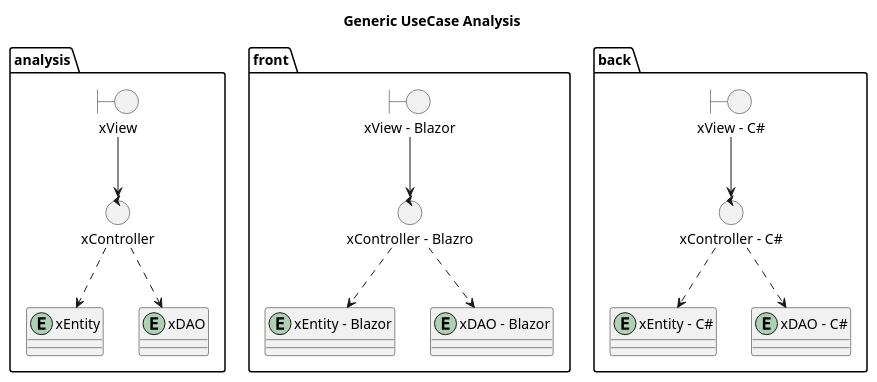
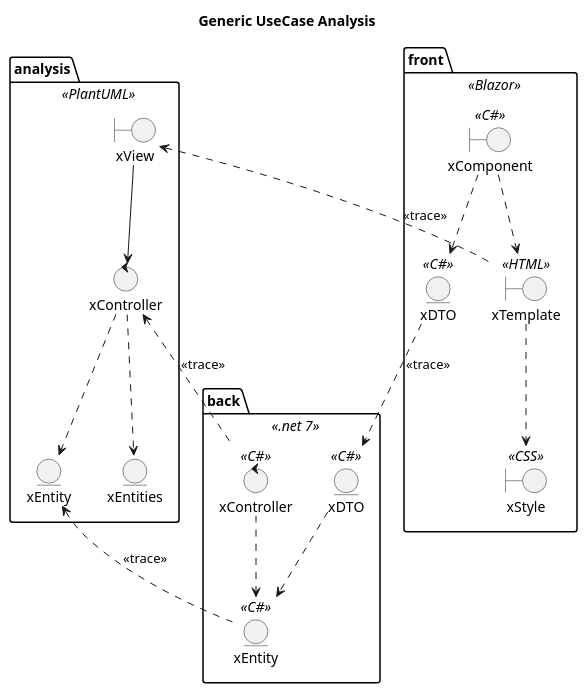
One commit to wsmcbl/wsmcbl.doc changed the diagram in DesignView/UseCaseDesign/UseCaseDesign.puml. Above: the diagram before and after it, drawn with PlantUML.

```diff
--- a/DesignView/UseCaseDesign/UseCaseDesign.puml
+++ b/DesignView/UseCaseDesign/UseCaseDesign.puml
@@ -1,38 +1,39 @@
 @startuml
-allow_mixing
 title Generic UseCase Analysis
 
-namespace analysis {
+package analysis <<PlantUML>>{
     boundary xView
     control xController
     entity xEntity
-    entity xDAO
+    entity xEntities
 
     xView --> xController
     xController ..> xEntity
-    xController ..> xDAO
+    xController ..> xEntities
 }
 
-namespace front{
-    boundary "xView - Blazor" as xViewF
-    boundary "xView - Blazor" as xViewF
-    control "xController - Blazro" as xControllerF
-    entity "xEntity - Blazor" as xEntity
-    entity "xDAO - Blazor" as xDAO
+package front <<Blazor>>{
+    boundary xTemplate <<HTML>>
+    boundary xStyle <<CSS>>
+    boundary xComponent <<C#>>
+    entity xDTO <<C#>>
 
-    xViewF --> xControllerF
-    xControllerF ..> xEntity
-    xControllerF ..> xDAO
+    xComponent ..> xDTO
+    xComponent ..> xTemplate
+    xTemplate ..> xStyle
 }
 
-namespace back{
-    boundary "xView - C#" as xViewB
-    control "xController - C#" as xControllerB
-    entity "xEntity - C#" as xEntity
-    entity "xDAO - C#" as xDAO
+package back <<.net 7>>{
+    control b.xController as "xController" <<C#>>
+    entity b.xEntity as "xEntity" <<C#>>
+    entity b.xDTO as "xDTO" <<C#>>
 
-    xViewB --> xControllerB
-    xControllerB ..> xEntity
-    xControllerB ..> xDAO
+    b.xController ..> b.xEntity
+    b.xDTO ..> b.xEntity
 }
+
+xTemplate .up.> xView : <<trace>>
+b.xController .up.> xController : <<trace>>
+b.xEntity .up.> xEntity : <<trace>>
+xDTO ..> b.xDTO : <<trace>>
 @enduml
```
